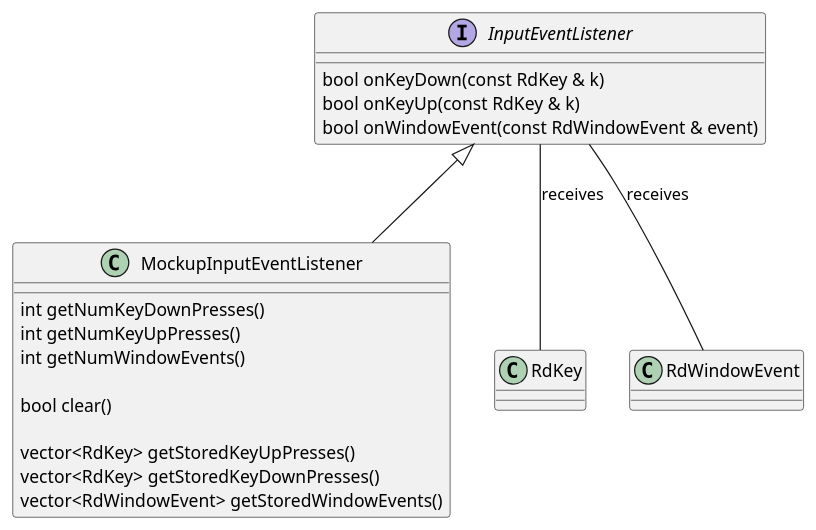
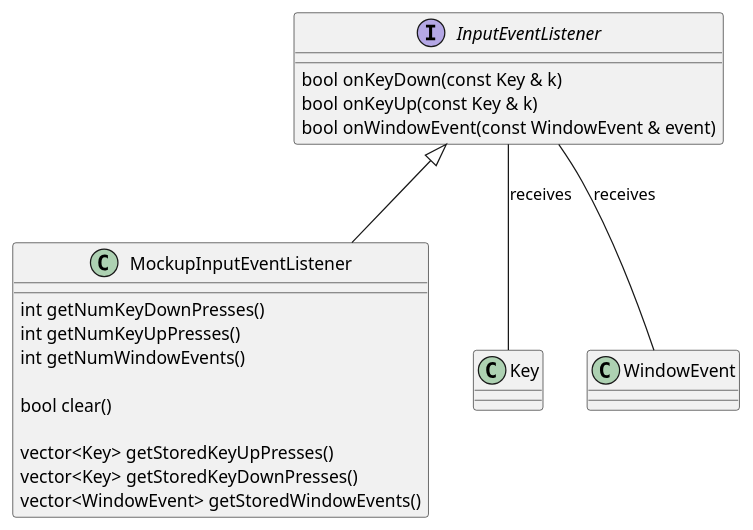
Before and after one commit to asrob-uc3m/robotDevastation-developer-manual: the diagram in en/input-management/listening-to-events.md, drawn with PlantUML. The commit also changed other lines of this file and 9 other files, not shown here.

```diff
--- a/en/input-management/listening-to-events.md
+++ b/en/input-management/listening-to-events.md
@@ -4,24 +4,24 @@
 {% plantuml %}
 interface InputEventListener {
-bool onKeyDown(const RdKey & k)
-bool onKeyUp(const RdKey & k)
-bool onWindowEvent(const RdWindowEvent & event)
+bool onKeyDown(const Key & k)
+bool onKeyUp(const Key & k)
+bool onWindowEvent(const WindowEvent & event)
 }
 
 class MockupInputEventListener {
 int getNumKeyDownPresses()
 int getNumKeyUpPresses()
 int getNumWindowEvents()
 
 bool clear()
 
-vector<RdKey> getStoredKeyUpPresses()
-vector<RdKey> getStoredKeyDownPresses()
-vector<RdWindowEvent> getStoredWindowEvents()
+vector<Key> getStoredKeyUpPresses()
+vector<Key> getStoredKeyDownPresses()
+vector<WindowEvent> getStoredWindowEvents()
 }
-class RdKey
-class RdWindowEvent
+class Key
+class WindowEvent
 InputEventListener <|-- MockupInputEventListener
-InputEventListener -- RdKey : receives
-InputEventListener -- RdWindowEvent : receives
+InputEventListener -- Key : receives
+InputEventListener -- WindowEvent : receives
 {% endplantuml %}
```
